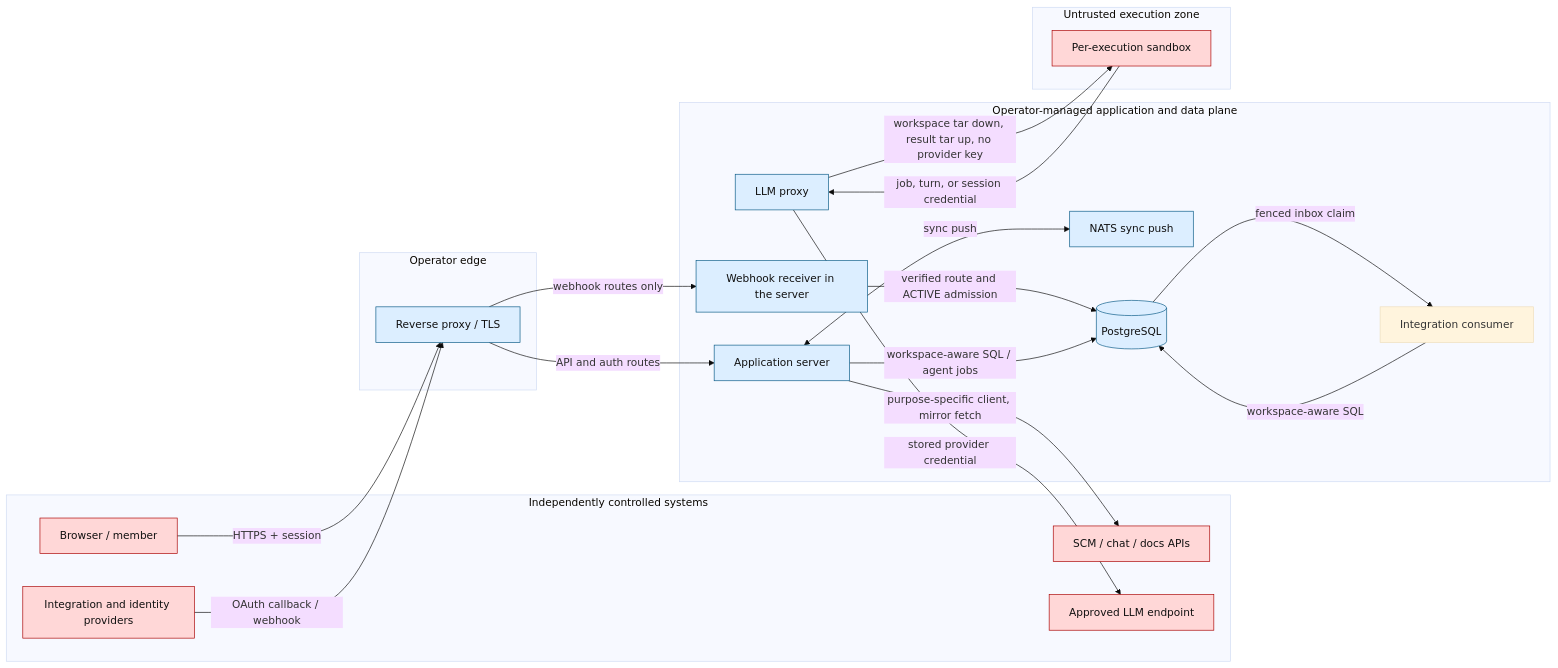
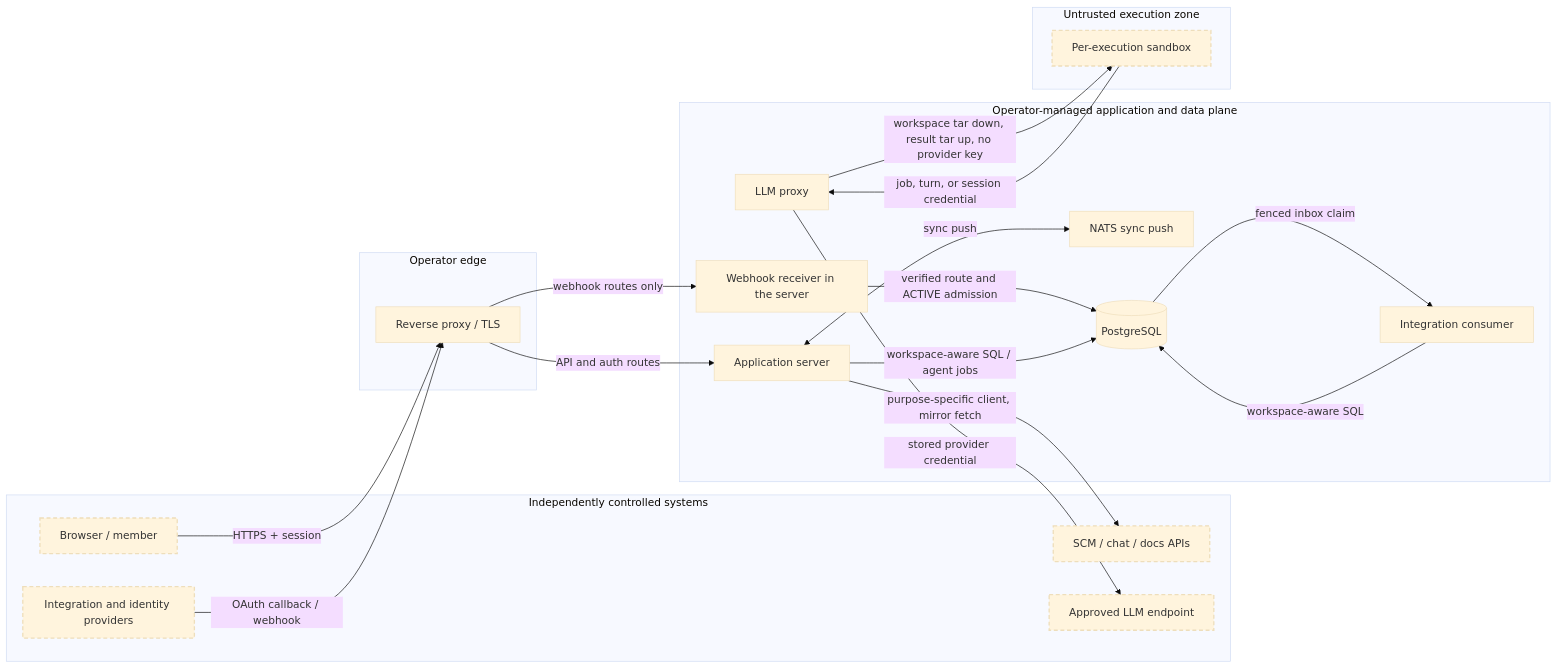
Before and after one commit to hephaestus-build/Hephaestus: the diagram in docs/admin/threat-model.mdx, drawn with Mermaid (base theme). The commit also changed 50 other files, not shown here.

First line of the commit message:
docs: system diagrams of Hephaestus at several levels of detail

````diff
--- a/docs/admin/threat-model.mdx
+++ b/docs/admin/threat-model.mdx
@@ -39,48 +39,46 @@
 ```mermaid
 flowchart LR
 accTitle: Hephaestus security data flow
 accDescr: The diagram separates independently controlled systems, the operator edge, the Hephaestus application and data plane, and untrusted sandbox execution. Users and providers cross the edge into the application server, whose receiver verifies webhook events. Admitted events enter PostgreSQL, NATS carries sync push notifications, services access PostgreSQL, sandboxes exchange inputs, results and model requests with the server's sandbox gateway, and the server fetches repository mirrors from the SCM provider in-process.
 
   subgraph INTERNET[Independently controlled systems]
     U[Browser / member]
     V[Integration and identity providers]
     X[SCM / chat / docs APIs]
     M[Approved LLM endpoint]
   end
 
   subgraph EDGE[Operator edge]
     P[Reverse proxy / TLS]
   end
 
   subgraph PLANE[Operator-managed application and data plane]
     A[Application server]
     W[Webhook receiver in the server]
     I[Integration consumer]
     L[LLM proxy]
     N[NATS sync push]
     DB[(PostgreSQL)]
   end
 
   subgraph EXECUTION[Untrusted execution zone]
     S[Per-execution sandbox]
   end
 
   U -->|HTTPS + session| P
   V -->|OAuth callback / webhook| P
   P -->|API and auth routes| A
   P -->|webhook routes only| W
   W -->|verified route and ACTIVE admission| DB
   DB -->|fenced inbox claim| I
   A <-->|sync push| N
   I -->|workspace-aware SQL| DB
   A -->|workspace-aware SQL / agent jobs| DB
   S -->|job, turn, or session credential| L
   L -->|workspace tar down, result tar up, no provider key| S
   L -->|stored provider credential| M
   A -->|purpose-specific client, mirror fetch| X
 
-  classDef external fill:#ffd7d7,stroke:#a00,color:#111
-  classDef managed fill:#dceeff,stroke:#075985,color:#111
+  classDef external stroke-width:2px,stroke-dasharray:6 4
   class U,V,X,M,S external
-  class P,A,W,L,N,DB managed
 ```
````
